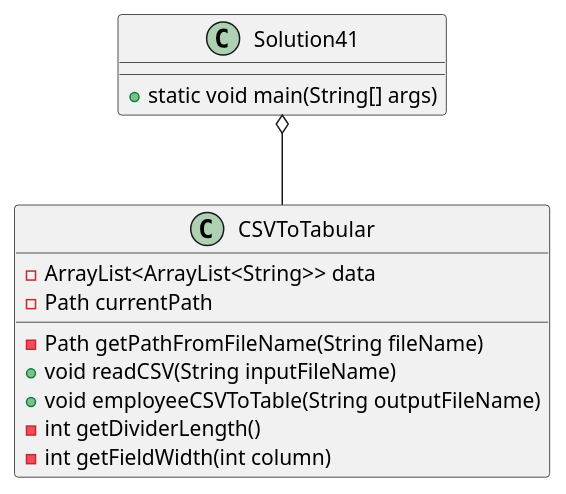
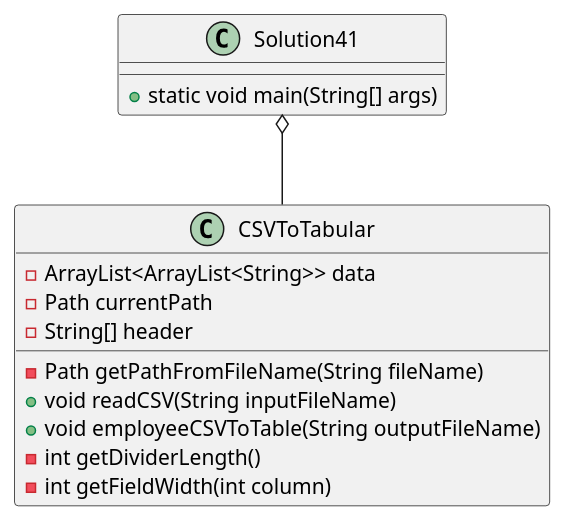
One commit to ethandrzb/thomas-a04 changed the diagram in exercise42/docs/class_diagram.puml. Above: the diagram before and after it, drawn with PlantUML. The commit also changed 1 other file, not shown here.

```diff
--- a/exercise42/docs/class_diagram.puml
+++ b/exercise42/docs/class_diagram.puml
@@ -1,23 +1,24 @@
 @startuml
 'https://plantuml.com/class-diagram
 
 class Solution41
 {
     +static void main(String[] args)
 }
 
 class CSVToTabular
 {
     -ArrayList<ArrayList<String>> data
     -Path currentPath
+    -String[] header
 
     -Path getPathFromFileName(String fileName)
     +void readCSV(String inputFileName)
     +void employeeCSVToTable(String outputFileName)
     -int getDividerLength()
     -int getFieldWidth(int column)
 }
 
 Solution41 o-- CSVToTabular
 
 @enduml
```
